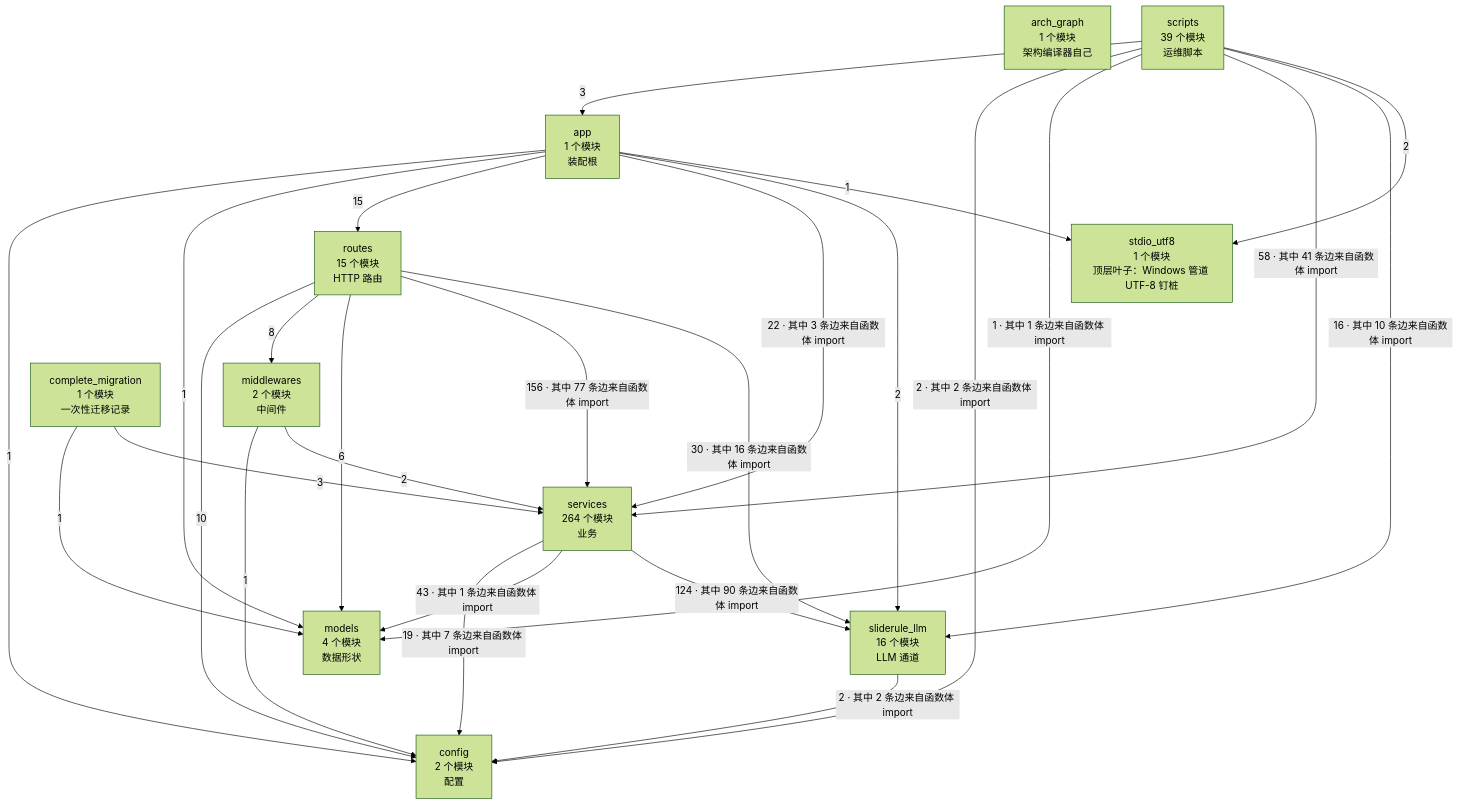
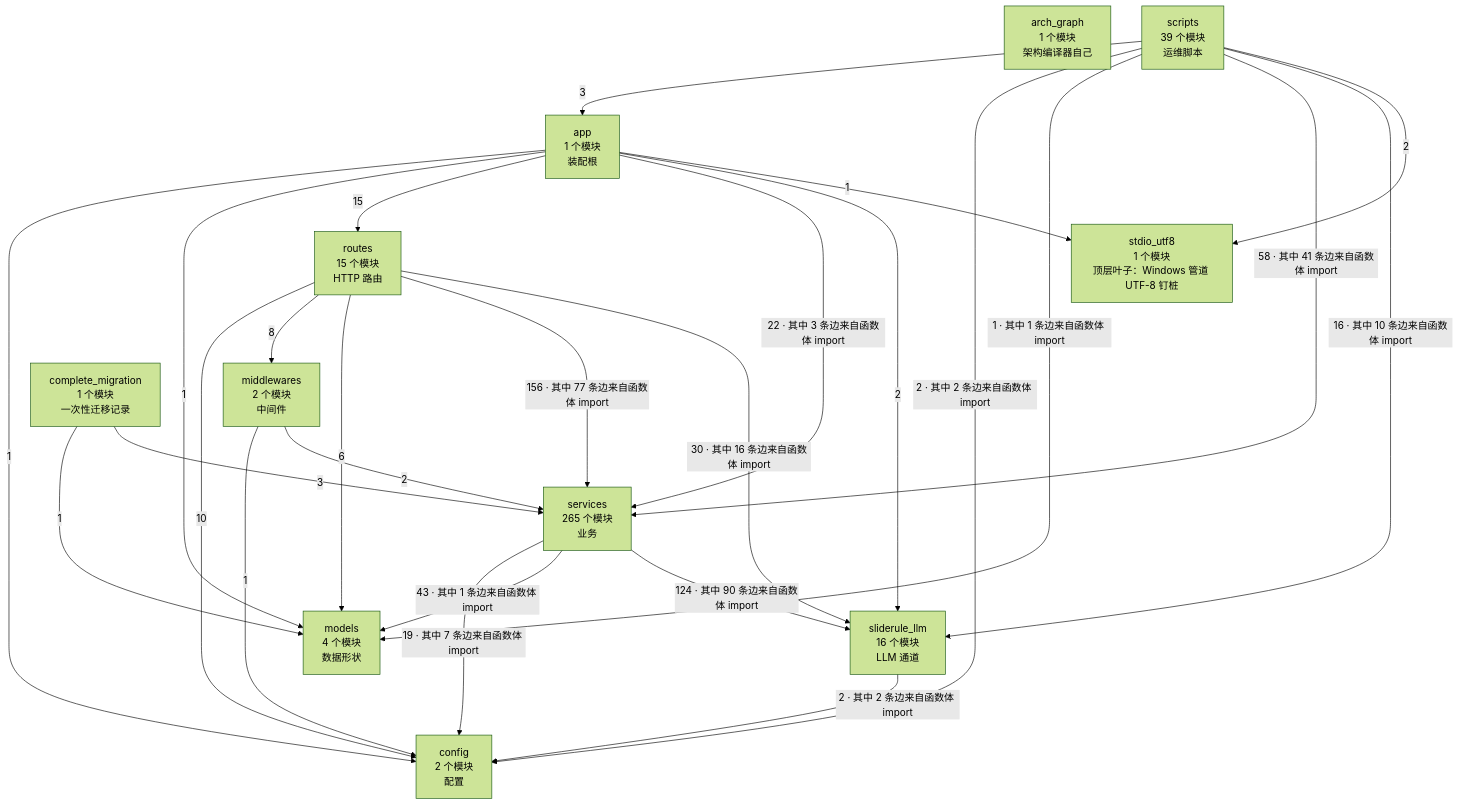
One commit to 2686521696/WhyBuddy changed the second of 4 diagrams in docs/SlideRule V6.2 架构图（自动生成）.md. Above: the diagram before and after it, drawn with Mermaid (forest theme). The commit also changed other lines of this file and 11 other files, not shown here.

````diff
--- a/docs/SlideRule V6.2 架构图（自动生成）.md
+++ b/docs/SlideRule V6.2 架构图（自动生成）.md
@@ -62,39 +62,39 @@
 ```mermaid
 flowchart TB
   arch_graph["arch_graph<br/>1 个模块<br/>架构编译器自己"]
   config["config<br/>2 个模块<br/>配置"]
   models["models<br/>4 个模块<br/>数据形状"]
   stdio_utf8["stdio_utf8<br/>1 个模块<br/>顶层叶子：Windows 管道 UTF-8 钉桩"]
   sliderule_llm["sliderule_llm<br/>16 个模块<br/>LLM 通道"]
   middlewares["middlewares<br/>2 个模块<br/>中间件"]
-  services["services<br/>264 个模块<br/>业务"]
+  services["services<br/>265 个模块<br/>业务"]
   routes["routes<br/>15 个模块<br/>HTTP 路由"]
   app["app<br/>1 个模块<br/>装配根"]
   complete_migration["complete_migration<br/>1 个模块<br/>一次性迁移记录"]
   scripts["scripts<br/>39 个模块<br/>运维脚本"]
   app -->|1| config
   app -->|1| models
   app -->|15| routes
   app -->|22 · 其中 3 条边来自函数体 import| services
   app -->|2| sliderule_llm
   app -->|1| stdio_utf8
   complete_migration -->|1| models
   complete_migration -->|3| services
   middlewares -->|1| config
   middlewares -->|2| services
   routes -->|10| config
   routes -->|8| middlewares
   routes -->|6| models
   routes -->|156 · 其中 77 条边来自函数体 import| services
   routes -->|30 · 其中 16 条边来自函数体 import| sliderule_llm
   scripts -->|3| app
   scripts -->|2 · 其中 2 条边来自函数体 import| config
   scripts -->|1 · 其中 1 条边来自函数体 import| models
   scripts -->|58 · 其中 41 条边来自函数体 import| services
   scripts -->|16 · 其中 10 条边来自函数体 import| sliderule_llm
   scripts -->|2| stdio_utf8
   services -->|19 · 其中 7 条边来自函数体 import| config
   services -->|43 · 其中 1 条边来自函数体 import| models
   services -->|124 · 其中 90 条边来自函数体 import| sliderule_llm
   sliderule_llm -->|2 · 其中 2 条边来自函数体 import| config
 ```
````
